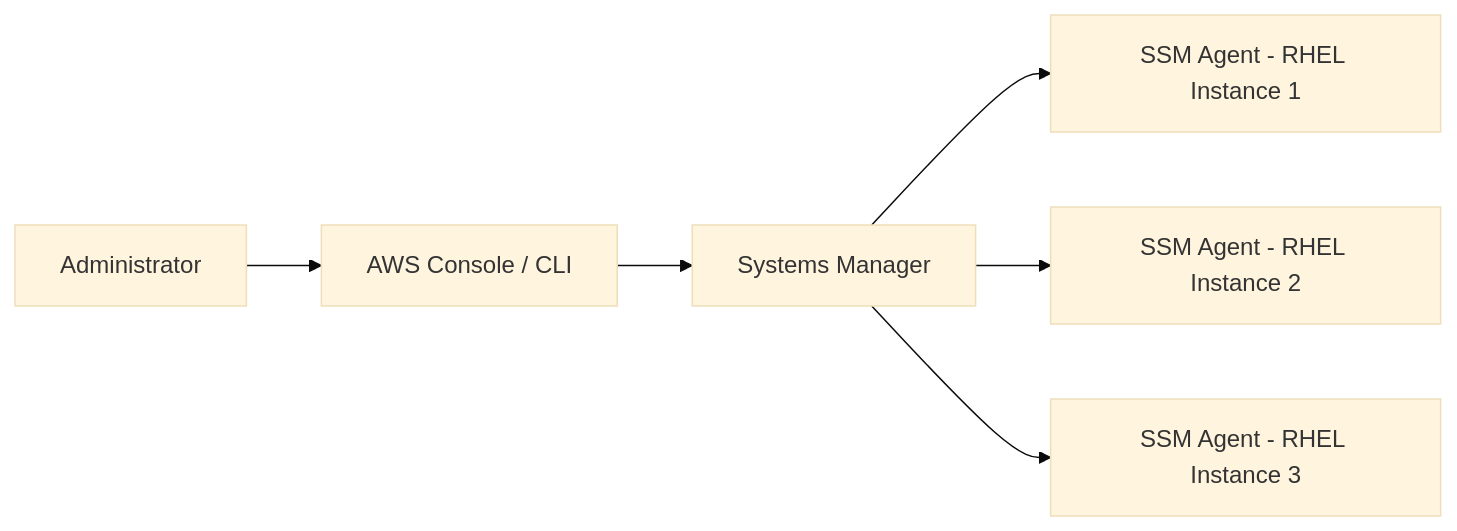
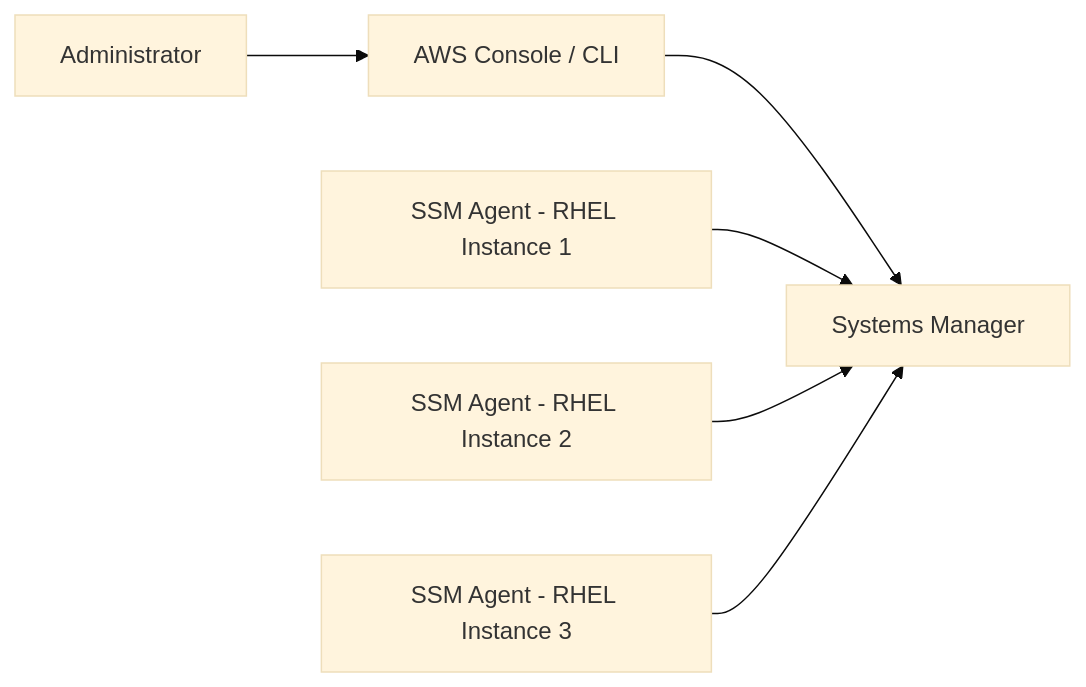
Before and after one commit to OneUptime/blog: the diagram in posts/2026-03-04-use-aws-systems-manager-rhel-9-instances/README.md, drawn with Mermaid (base theme). The commit also changed other lines of this file and 2 other files, not shown here.

Commit message:
validate: 2026-03-04-use-aws-systems-manager-rhel-9-instances

````diff
--- a/posts/2026-03-04-use-aws-systems-manager-rhel-9-instances/README.md
+++ b/posts/2026-03-04-use-aws-systems-manager-rhel-9-instances/README.md
@@ -15,8 +15,8 @@
 ```mermaid
 graph LR
     Admin[Administrator] --> Console[AWS Console / CLI]
     Console --> SSM[Systems Manager]
-    SSM --> Agent1[SSM Agent - RHEL Instance 1]
-    SSM --> Agent2[SSM Agent - RHEL Instance 2]
-    SSM --> Agent3[SSM Agent - RHEL Instance 3]
+    Agent1[SSM Agent - RHEL Instance 1] --> SSM
+    Agent2[SSM Agent - RHEL Instance 2] --> SSM
+    Agent3[SSM Agent - RHEL Instance 3] --> SSM
 ```
````
